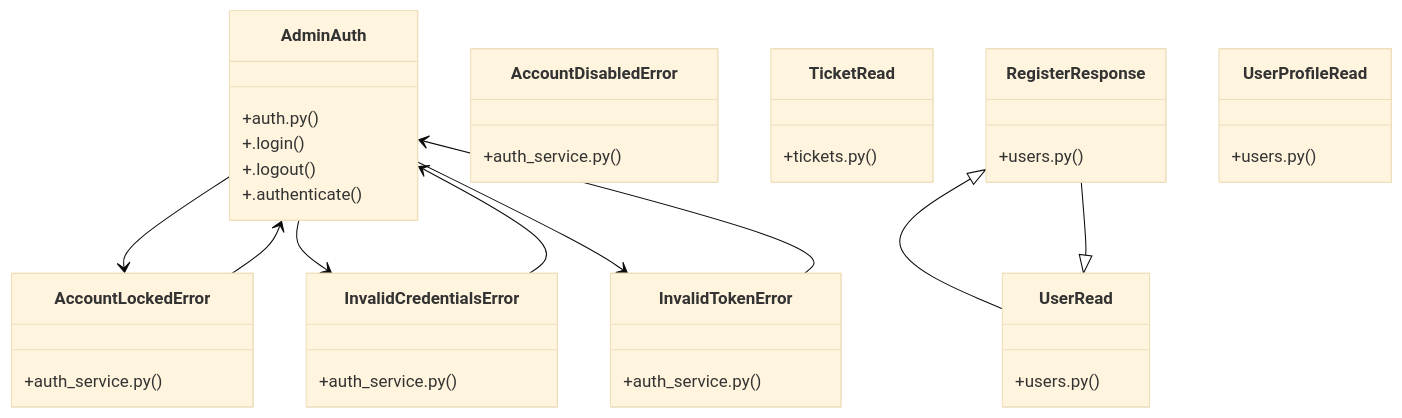
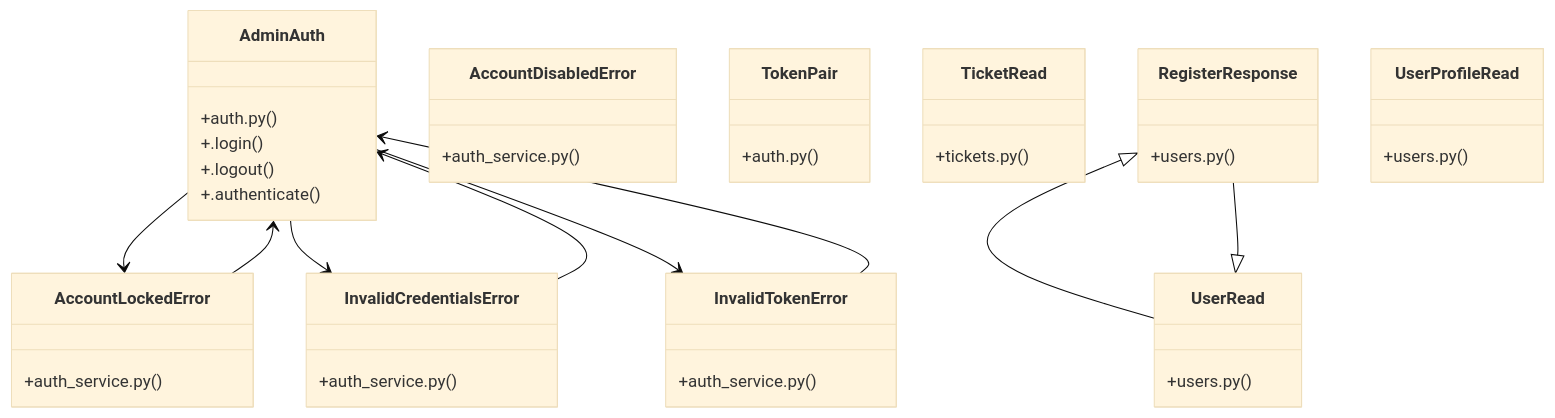
The diagram in graphify-out/wiki/[PromoCode_&_Payment]_Cluster.md (adjanayo/synca_conf_back), drawn with Mermaid (base theme) before and after one commit. The commit also changed other lines of this file and 69 other files, not shown here.

Commit message:
docs: journal — CRUD admin codes promo + regen graphify

````diff
--- a/graphify-out/wiki/[PromoCode_&_Payment]_Cluster.md
+++ b/graphify-out/wiki/[PromoCode_&_Payment]_Cluster.md
@@ -36,41 +36,44 @@
 ```mermaid
 classDiagram
     class AdminAuth {
         +auth.py()
         +.login()
         +.logout()
         +.authenticate()
     }
     class AccountDisabledError {
         +auth_service.py()
     }
     class AccountLockedError {
         +auth_service.py()
     }
     class InvalidCredentialsError {
         +auth_service.py()
     }
     class InvalidTokenError {
         +auth_service.py()
+    }
+    class TokenPair {
+        +auth.py()
     }
     class TicketRead {
         +tickets.py()
     }
     class RegisterResponse {
         +users.py()
     }
     class UserProfileRead {
         +users.py()
     }
     class UserRead {
         +users.py()
     }
     AdminAuth --> AccountLockedError
     AdminAuth --> InvalidCredentialsError
     AdminAuth --> InvalidTokenError
     AccountLockedError --> AdminAuth
     InvalidCredentialsError --> AdminAuth
     InvalidTokenError --> AdminAuth
     UserRead <|-- RegisterResponse
     RegisterResponse <|-- UserRead
 ```
````
